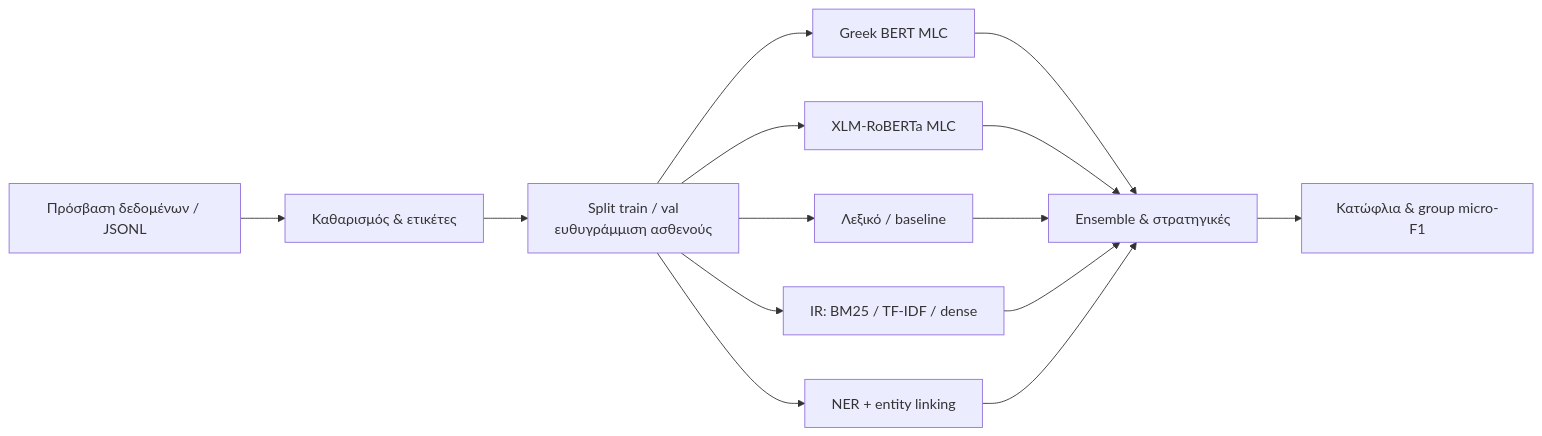
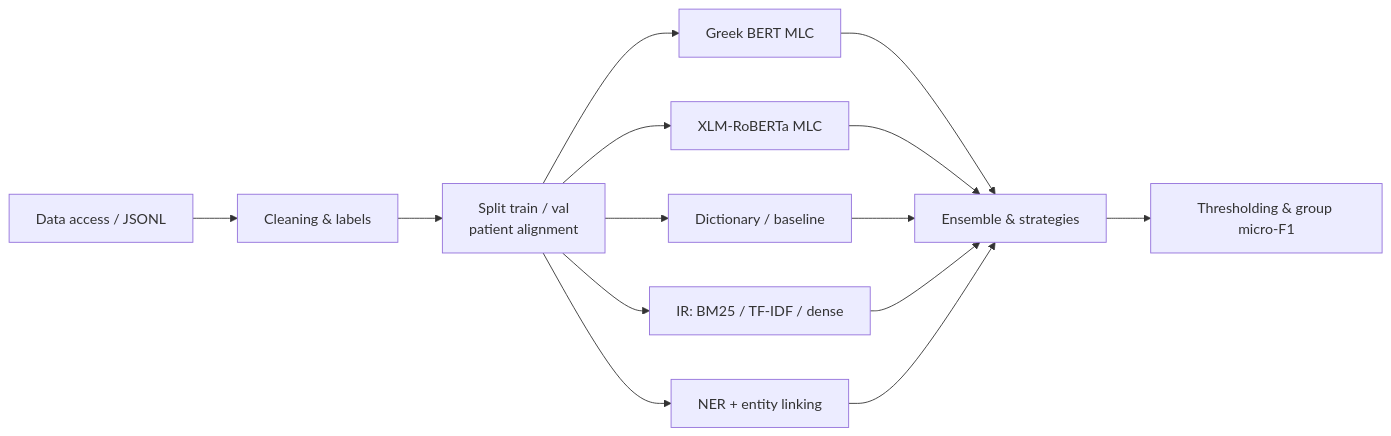
Before and after one commit to straf10/aida-elcardiocc-26: the diagram in README.md, drawn with Mermaid. The commit also changed other lines of this file, not shown here.

````diff
--- a/README.md
+++ b/README.md
@@ -21,16 +21,16 @@
 ```mermaid
 flowchart LR
-  A[Πρόσβαση δεδομένων / JSONL] --> B[Καθαρισμός & ετικέτες]
-  B --> C[Split train / val\nευθυγράμμιση ασθενούς]
+  A[Data access / JSONL] --> B[Cleaning & labels]
+  B --> C[Split train / val\npatient alignment]
   C --> D1[Greek BERT MLC]
   C --> D2[XLM-RoBERTa MLC]
-  C --> D3[Λεξικό / baseline]
+  C --> D3[Dictionary  / baseline]
   C --> D4[IR: BM25 / TF‑IDF / dense]
   C --> D5[NER + entity linking]
-  D1 --> E[Ensemble & στρατηγικές]
+  D1 --> E[Ensemble & strategies]
   D2 --> E
   D3 --> E
   D4 --> E
   D5 --> E
-  E --> F[Κατώφλια & group micro-F1]
+  E --> F[Thresholding & group micro-F1]
 ```
````
